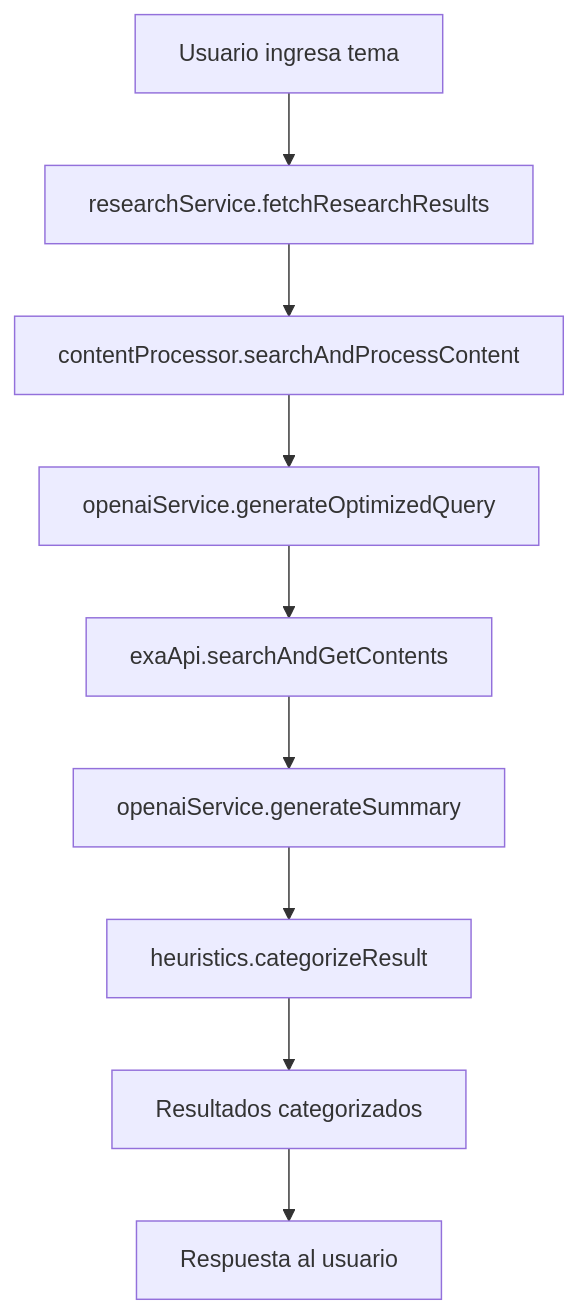
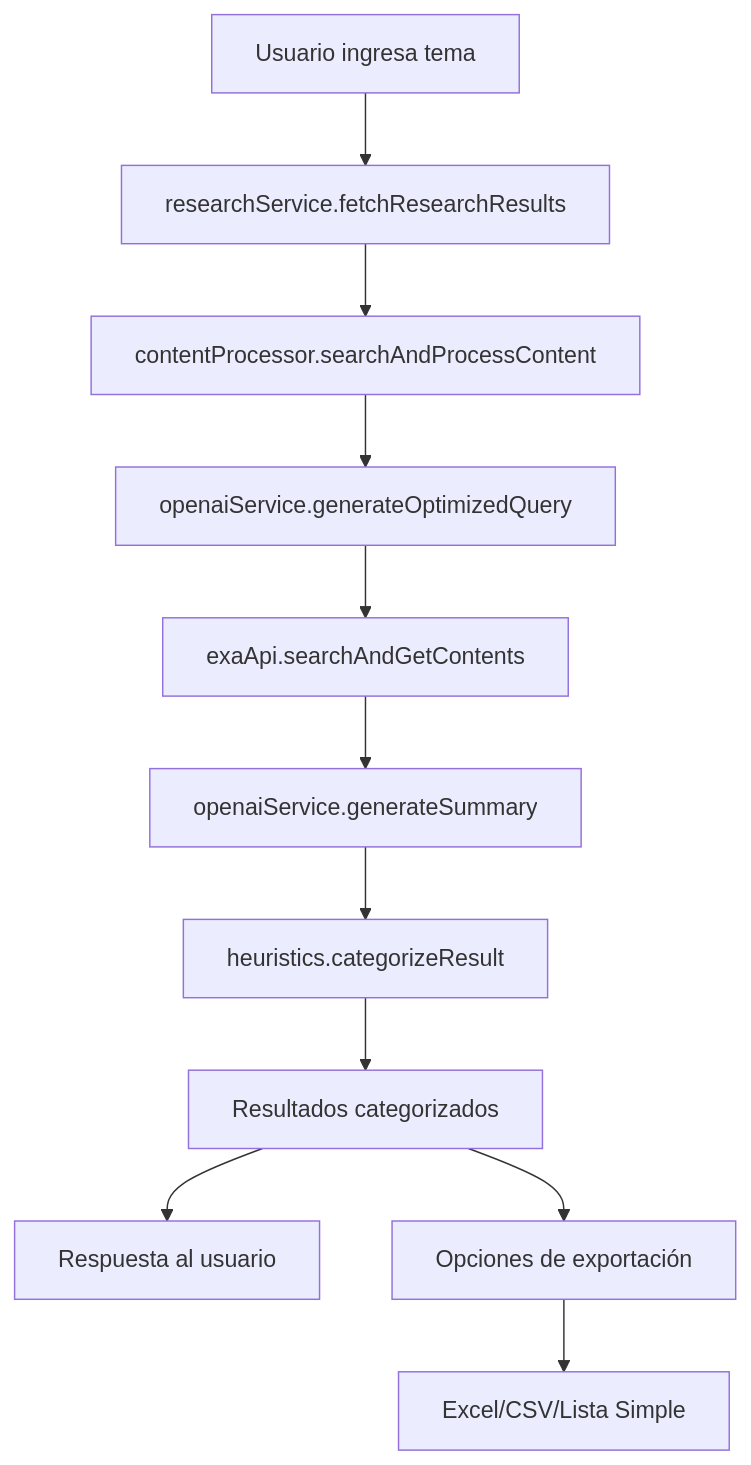
The diagram in src/ARCHITECTURE.md (crisaraoz/infobae-challenge), drawn with Mermaid before and after one commit. The commit also changed other lines of this file and 8 other files, not shown here.

````diff
--- a/src/ARCHITECTURE.md
+++ b/src/ARCHITECTURE.md
@@ -26,11 +30,13 @@
 ```mermaid
 graph TD
     A[Usuario ingresa tema] --> B[researchService.fetchResearchResults]
     B --> C[contentProcessor.searchAndProcessContent]
     C --> D[openaiService.generateOptimizedQuery]
     D --> E[exaApi.searchAndGetContents]
     E --> F[openaiService.generateSummary]
     F --> G[heuristics.categorizeResult]
     G --> H[Resultados categorizados]
     H --> I[Respuesta al usuario]
+    H --> J[Opciones de exportación]
+    J --> K[Excel/CSV/Lista Simple]
 ```
````
